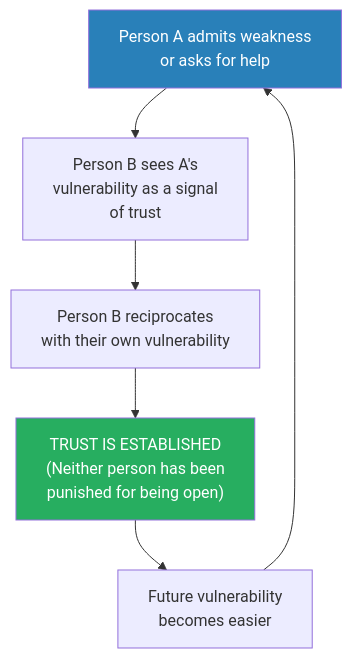
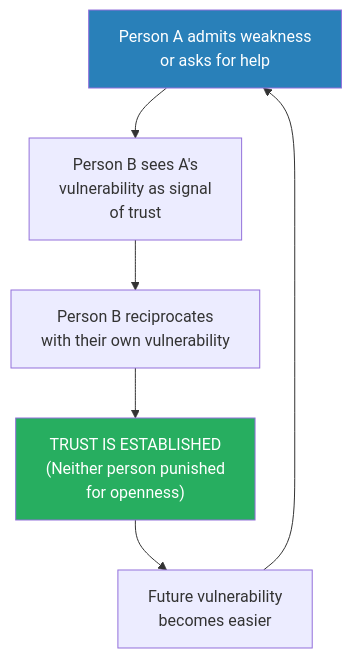
The third of 6 diagrams in summaries/Leadership & Management/The Culture Code - Daniel Coyle.md (alius33/reader), drawn with Mermaid before and after one commit. The commit also changed other lines of this file and 272 other files, not shown here.

````diff
--- a/summaries/Leadership & Management/The Culture Code - Daniel Coyle.md
+++ b/summaries/Leadership & Management/The Culture Code - Daniel Coyle.md
@@ -129,10 +365,10 @@
 ```mermaid
 flowchart TD
-    A["Person A admits weakness\nor asks for help"] --> B["Person B sees A's\nvulnerability as a signal\nof trust"]
-    B --> C["Person B reciprocates\nwith their own vulnerability"]
-    C --> D["TRUST IS ESTABLISHED\n(Neither person has been\npunished for being open)"]
-    D --> E["Future vulnerability\nbecomes easier"]
+    A["Person A admits weakness<br>or asks for help"] --> B["Person B sees A's<br>vulnerability as signal<br>of trust"]
+    B --> C["Person B reciprocates<br>with their own vulnerability"]
+    C --> D["TRUST IS ESTABLISHED<br>(Neither person punished<br>for openness)"]
+    D --> E["Future vulnerability<br>becomes easier"]
     E --> A
     style A fill:#2980b9,color:#fff
     style D fill:#27ae60,color:#fff
 ```
````
